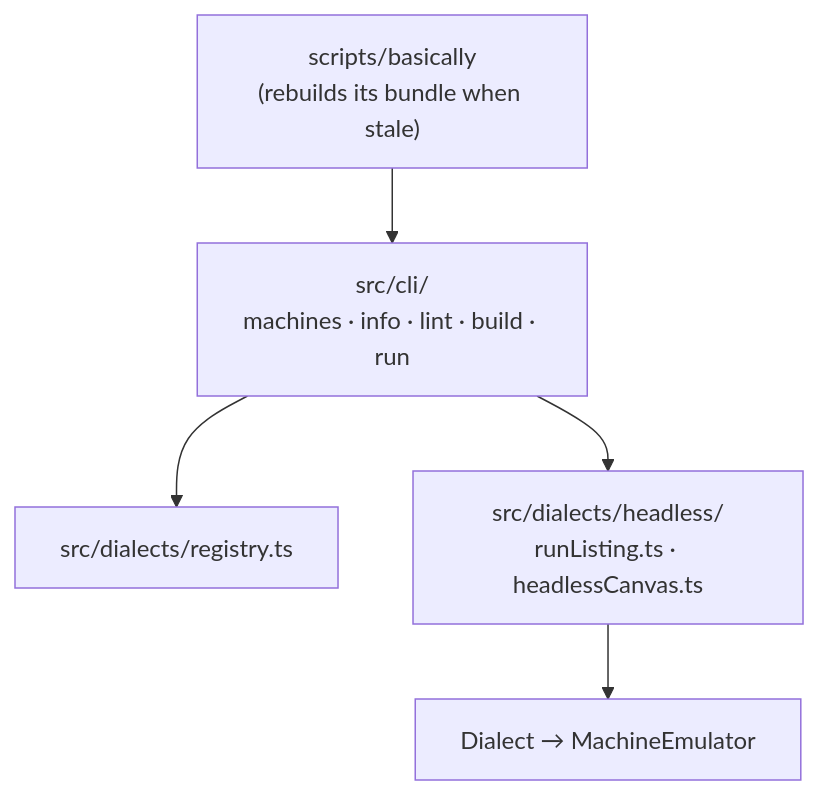
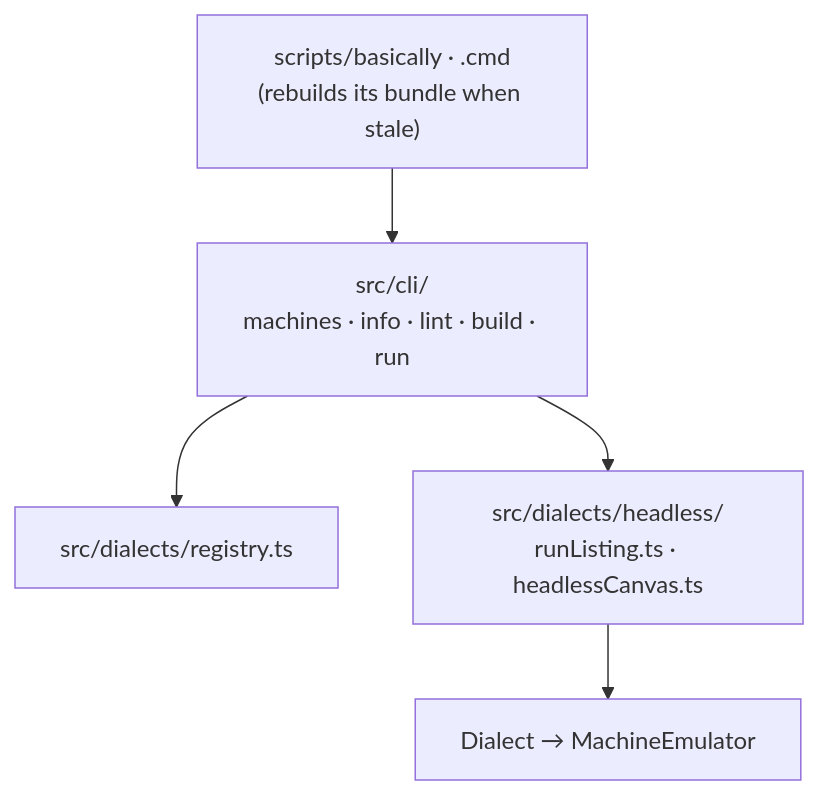
One commit to seanhodges/basically changed diagram 12 of 12 in docs/contributing/architecture.md. Above: the diagram before and after it, drawn with Mermaid. The commit also changed other lines of this file and 5 other files, not shown here.

````diff
--- a/docs/contributing/architecture.md
+++ b/docs/contributing/architecture.md
@@ -642,7 +643,7 @@
 ```mermaid
 flowchart TB
-  cli["scripts/basically<br/>(rebuilds its bundle when stale)"] --> ops["src/cli/<br/>machines · info · lint · build · run"]
+  cli["scripts/basically · .cmd<br/>(rebuilds its bundle when stale)"] --> ops["src/cli/<br/>machines · info · lint · build · run"]
   ops --> reg["src/dialects/registry.ts"]
   ops --> hl["src/dialects/headless/<br/>runListing.ts · headlessCanvas.ts"]
   hl --> seam["Dialect → MachineEmulator"]
 ```
````
